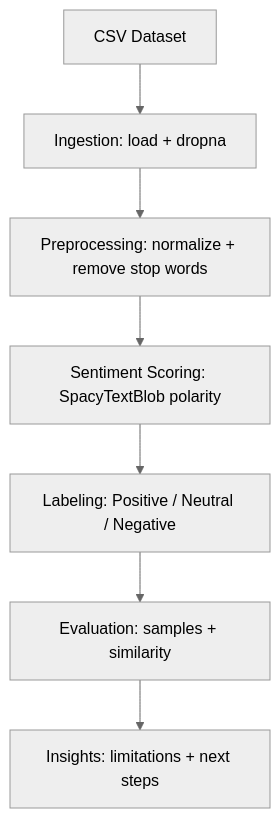
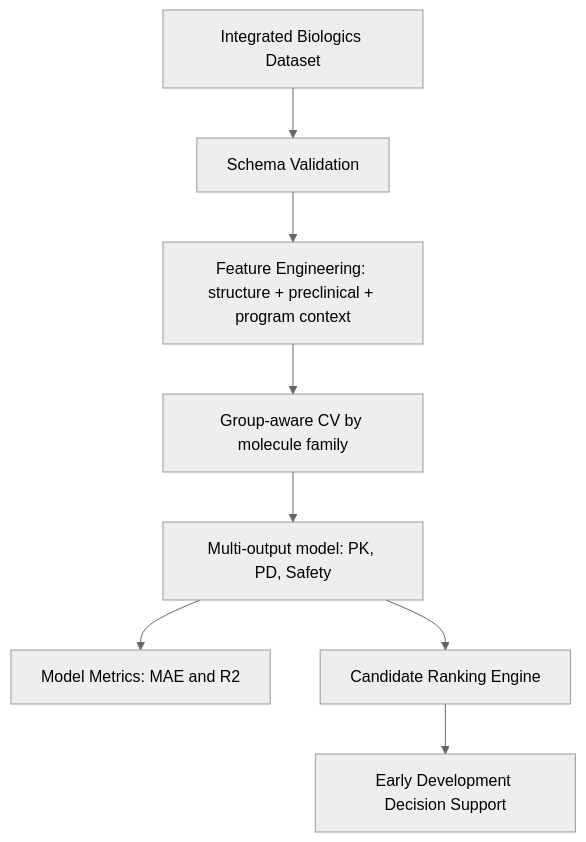
Before and after one commit to SENZO-NCEKANA/amazon-review-sentiment-analysis: the diagram in README.md, drawn with Mermaid (neutral theme). The commit also changed other lines of this file and 10 other files, not shown here.

````diff
--- a/README.md
+++ b/README.md
@@ -78,9 +106,10 @@
 ```mermaid
 flowchart TD
-    A[CSV Dataset] --> B[Ingestion: load + dropna]
-    B --> C[Preprocessing: normalize + remove stop words]
-    C --> D[Sentiment Scoring: SpacyTextBlob polarity]
-    D --> E[Labeling: Positive / Neutral / Negative]
-    E --> F[Evaluation: samples + similarity]
-    F --> G[Insights: limitations + next steps]
+    A[Integrated Biologics Dataset] --> B[Schema Validation]
+    B --> C[Feature Engineering: structure + preclinical + program context]
+    C --> D[Group-aware CV by molecule family]
+    D --> E[Multi-output model: PK, PD, Safety]
+    E --> F[Model Metrics: MAE and R2]
+    E --> G[Candidate Ranking Engine]
+    G --> H[Early Development Decision Support]
 ```
````
